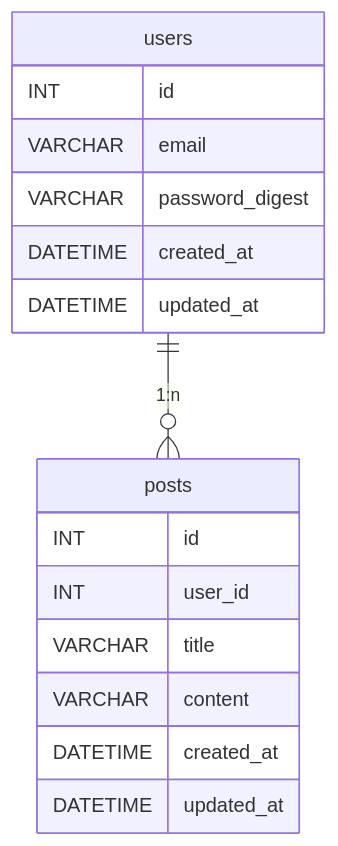
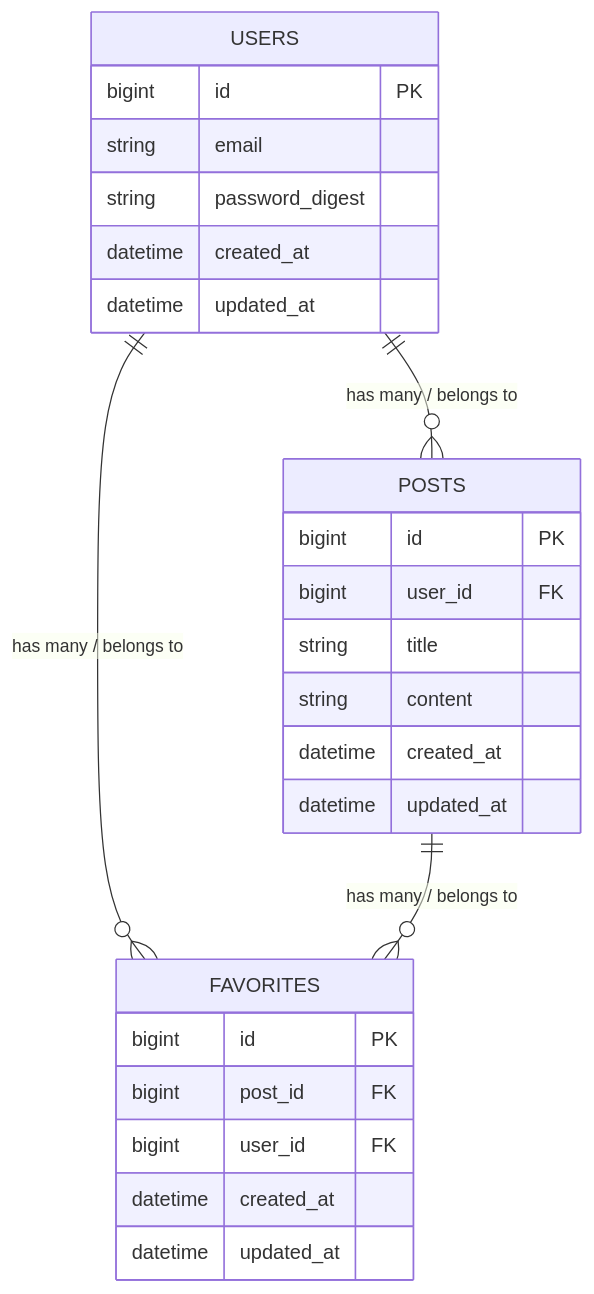
Before and after one commit to ok-os-job-change-team/tetsuya-twitter-clone-bootcamp: the diagram in er_diagram.md, drawn with Mermaid. The commit also changed 18 other files, not shown here.

````diff
--- a/er_diagram.md
+++ b/er_diagram.md
@@ -1,23 +1,33 @@
 ```mermaid
 erDiagram
 
 %% 1:0or多
-users ||--o{ posts: "1:n"
+USERS ||--o{ POSTS : "has many / belongs to"
+USERS ||--o{ FAVORITES : "has many / belongs to"
+POSTS ||--o{ FAVORITES : "has many / belongs to"
 
-users {
-  INT id
-  VARCHAR email
-  VARCHAR password_digest
-  DATETIME created_at
-  DATETIME updated_at
+ USERS {
+  bigint id PK
+  string email
+  string password_digest
+  datetime created_at
+  datetime updated_at
 }
 
-posts {
-  INT id
-  INT user_id
-  VARCHAR title
-  VARCHAR content
-  DATETIME created_at
-  DATETIME updated_at
+POSTS {
+  bigint id PK
+  bigint user_id FK
+  string title
+  string content
+  datetime created_at
+  datetime updated_at
+}
+
+FAVORITES {
+  bigint id PK
+  bigint post_id FK
+  bigint user_id FK
+  datetime created_at
+  datetime updated_at
 }
 ```
````
